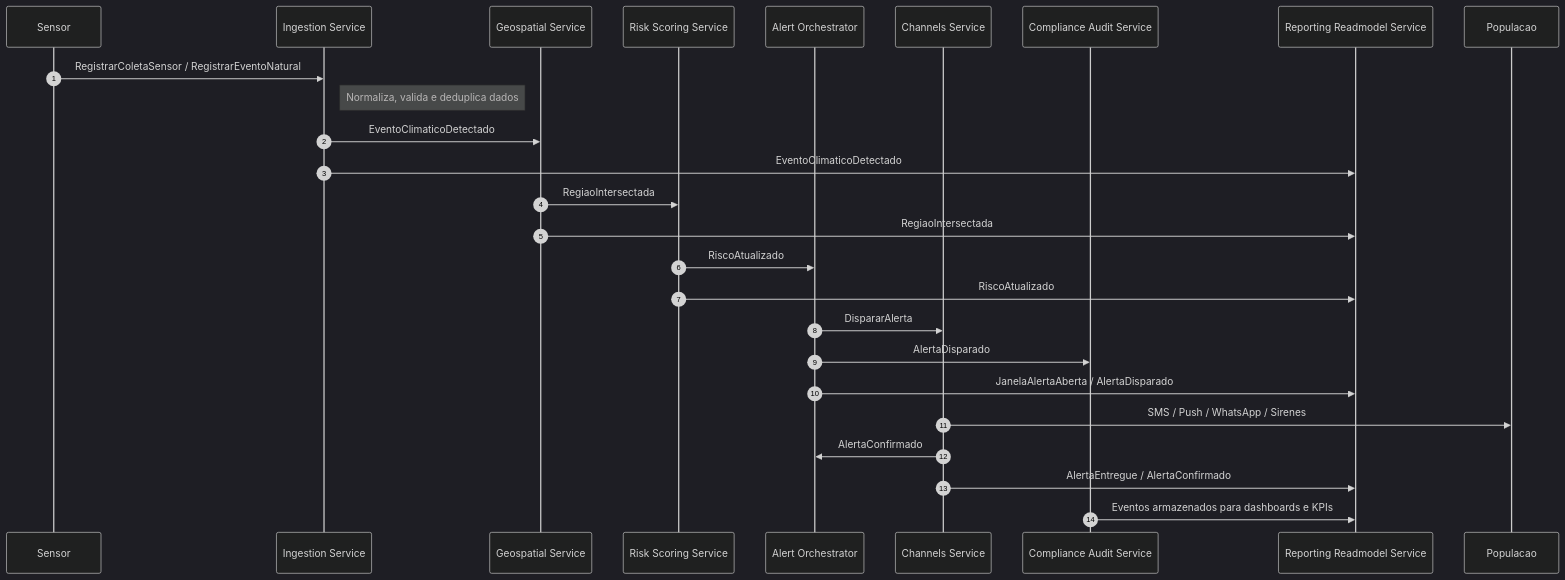
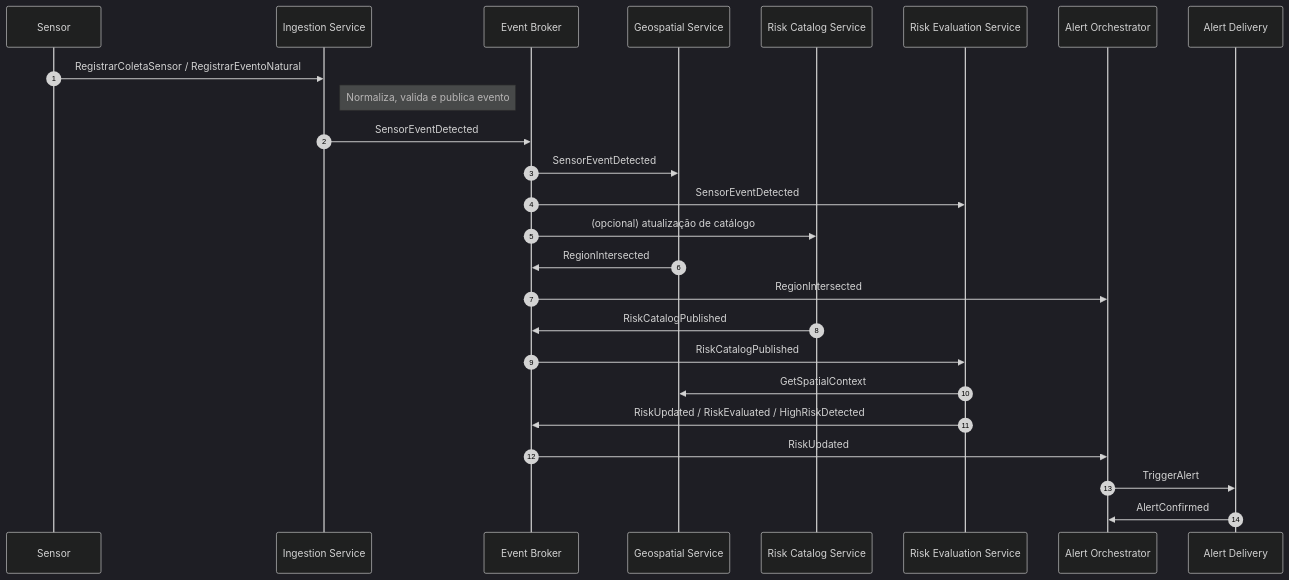
One commit to murilonicemento/sentinel changed the diagram in docs/diagrams/sequence-diagram.mmd. Above: the diagram before and after it, drawn with Mermaid (dark theme). The commit also changed 4 other files, not shown here.

```diff
--- a/docs/diagrams/sequence-diagram.mmd
+++ b/docs/diagrams/sequence-diagram.mmd
@@ -1,37 +1,35 @@
 sequenceDiagram
     autonumber
     participant Sensor
     participant Ingestion as Ingestion Service
+    participant Kafka as Event Broker
     participant Geospatial as Geospatial Service
-    participant RiskScoring as Risk Scoring Service
+    participant RiskCatalog as Risk Catalog Service
+    participant RiskEvaluation as Risk Evaluation Service
     participant Orchestrator as Alert Orchestrator
-    participant Channels as Channels Service
-    participant Audit as Compliance Audit Service
-    participant Reporting as Reporting Readmodel Service
+    participant Channels as Alert Delivery
 
     %% 1. Sensor envia dados
     Sensor->>Ingestion: RegistrarColetaSensor / RegistrarEventoNatural
-    Note right of Ingestion: Normaliza, valida e deduplica dados
-    Ingestion->>Geospatial: EventoClimaticoDetectado
-    Ingestion->>Reporting: EventoClimaticoDetectado
-       
-    %% 2. Geospatial calcula zonas de risco
-    Geospatial->>RiskScoring: RegiaoIntersectada
-    Geospatial->>Reporting: RegiaoIntersectada
-    
-    %% 3. Risk Scoring calcula score
-    RiskScoring->>Orchestrator: RiscoAtualizado
-    RiskScoring->>Reporting: RiscoAtualizado
-    
-    %% 4. Orquestrador avalia políticas e dispara alertas
-    Orchestrator->>Channels: DispararAlerta
-    Orchestrator->>Audit: AlertaDisparado
-    Orchestrator->>Reporting: JanelaAlertaAberta / AlertaDisparado
-    
-    %% 5. Channels envia alertas
-    Channels->>Populacao: SMS / Push / WhatsApp / Sirenes
-    Channels->>Orchestrator: AlertaConfirmado
-    Channels->>Reporting: AlertaEntregue / AlertaConfirmado
-    
-    %% 6. Audit registra eventos críticos
-    Audit->>Reporting: Eventos armazenados para dashboards e KPIs
+    Note right of Ingestion: Normaliza, valida e publica evento
+    Ingestion->>Kafka: SensorEventDetected
+
+    %% 2. Eventos chegam ao processamento
+    Kafka->>Geospatial: SensorEventDetected
+    Kafka->>RiskEvaluation: SensorEventDetected
+    Kafka->>RiskCatalog: (opcional) atualização de catálogo
+
+    %% 3. Geospatial processa contexto espacial
+    Geospatial->>Kafka: RegionIntersected
+    Kafka->>Orchestrator: RegionIntersected
+
+    %% 4. Risk Evaluation calcula risco
+    RiskCatalog->>Kafka: RiskCatalogPublished
+    Kafka->>RiskEvaluation: RiskCatalogPublished
+    RiskEvaluation->>Geospatial: GetSpatialContext
+    RiskEvaluation->>Kafka: RiskUpdated / RiskEvaluated / HighRiskDetected
+    Kafka->>Orchestrator: RiskUpdated
+
+    %% 5. Orquestrador avalia e dispara alerta
+    Orchestrator->>Channels: TriggerAlert
+    Channels->>Orchestrator: AlertConfirmed
```
